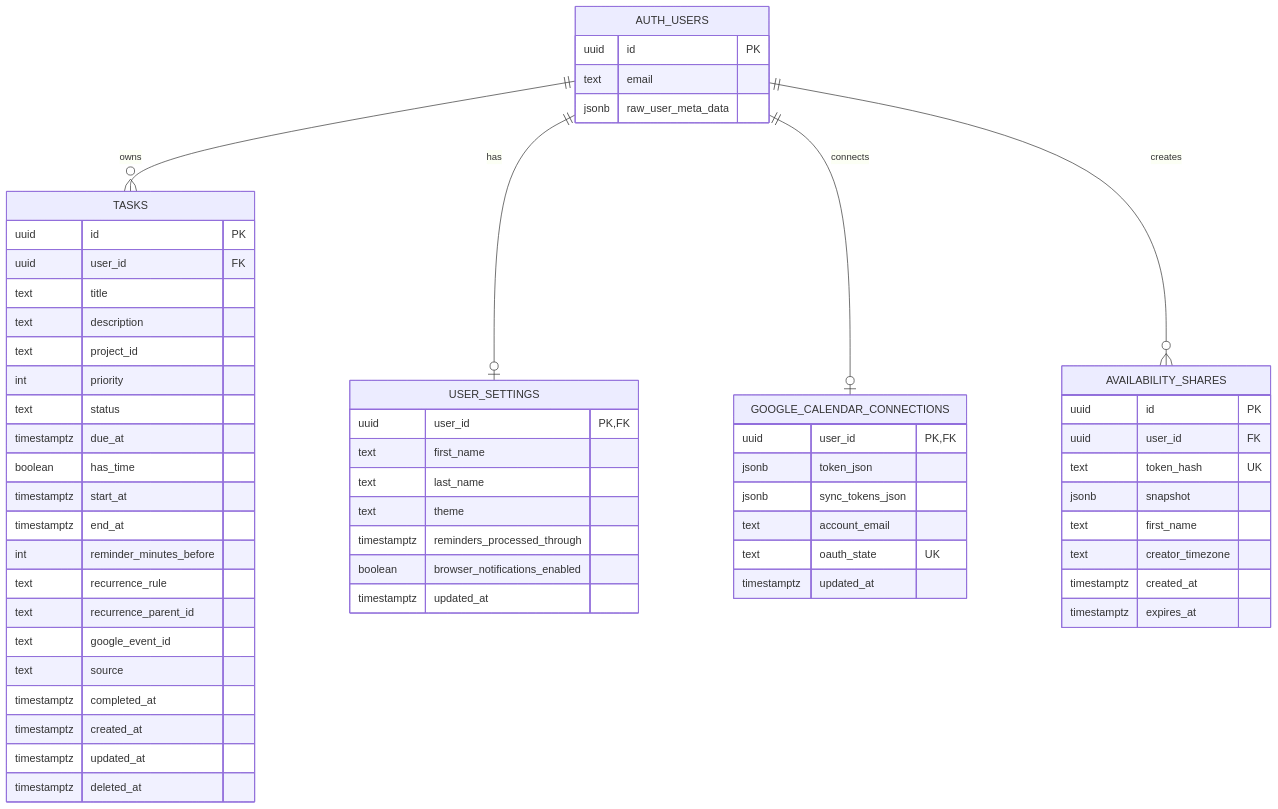
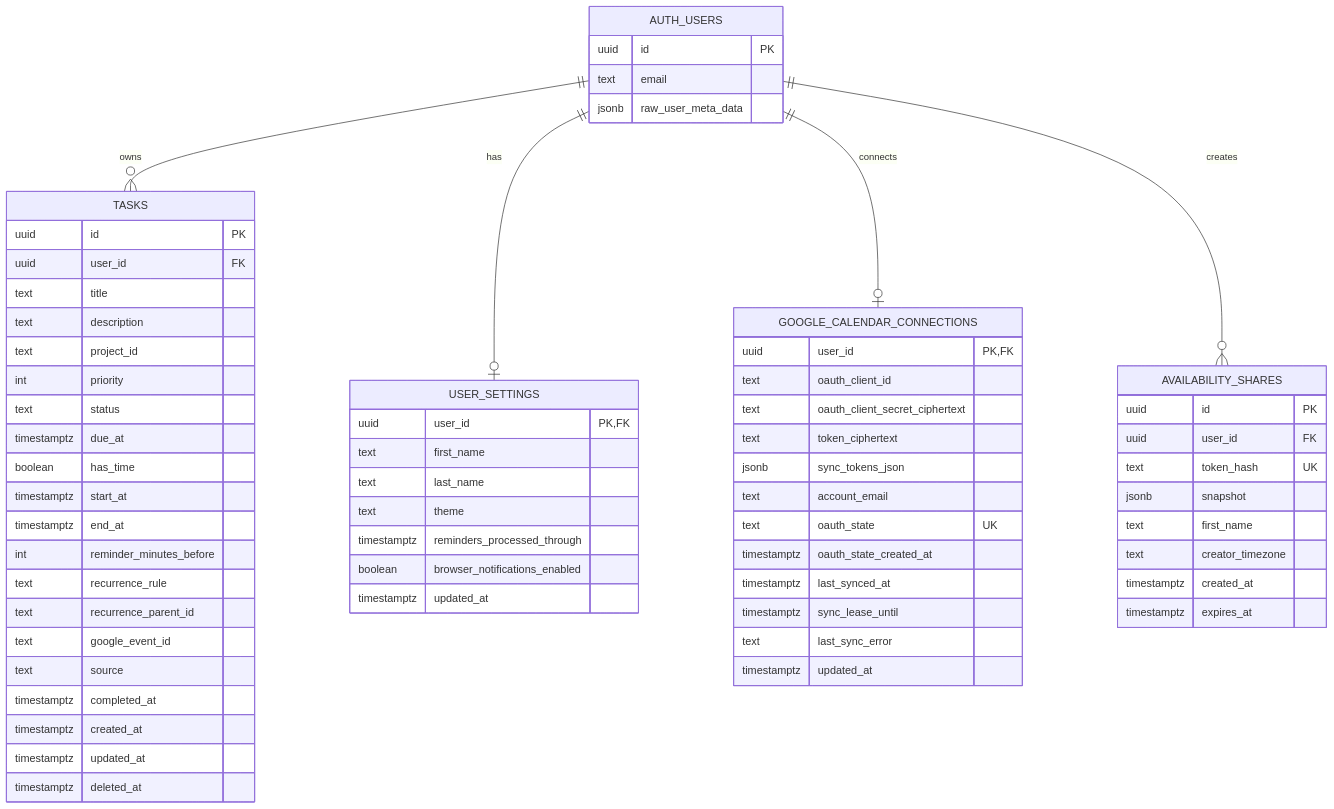
The first of 3 diagrams in DATABASE.md (ayman-tech/sway), drawn with Mermaid before and after one commit. The commit also changed other lines of this file and 38 other files, not shown here.

````diff
--- a/DATABASE.md
+++ b/DATABASE.md
@@ -10,66 +10,72 @@
 ```mermaid
 erDiagram
     AUTH_USERS ||--o{ TASKS : owns
     AUTH_USERS ||--o| USER_SETTINGS : has
     AUTH_USERS ||--o| GOOGLE_CALENDAR_CONNECTIONS : connects
     AUTH_USERS ||--o{ AVAILABILITY_SHARES : creates
 
     AUTH_USERS {
         uuid id PK
         text email
         jsonb raw_user_meta_data
     }
 
     TASKS {
         uuid id PK
         uuid user_id FK
         text title
         text description
         text project_id
         int priority
         text status
         timestamptz due_at
         boolean has_time
         timestamptz start_at
         timestamptz end_at
         int reminder_minutes_before
         text recurrence_rule
         text recurrence_parent_id
         text google_event_id
         text source
         timestamptz completed_at
         timestamptz created_at
         timestamptz updated_at
         timestamptz deleted_at
     }
 
     USER_SETTINGS {
         uuid user_id PK,FK
         text first_name
         text last_name
         text theme
         timestamptz reminders_processed_through
         boolean browser_notifications_enabled
         timestamptz updated_at
     }
 
     GOOGLE_CALENDAR_CONNECTIONS {
         uuid user_id PK,FK
-        jsonb token_json
+        text oauth_client_id
+        text oauth_client_secret_ciphertext
+        text token_ciphertext
         jsonb sync_tokens_json
         text account_email
         text oauth_state UK
+        timestamptz oauth_state_created_at
+        timestamptz last_synced_at
+        timestamptz sync_lease_until
+        text last_sync_error
         timestamptz updated_at
     }
 
     AVAILABILITY_SHARES {
         uuid id PK
         uuid user_id FK
         text token_hash UK
         jsonb snapshot
         text first_name
         text creator_timezone
         timestamptz created_at
         timestamptz expires_at
     }
 ```
````
